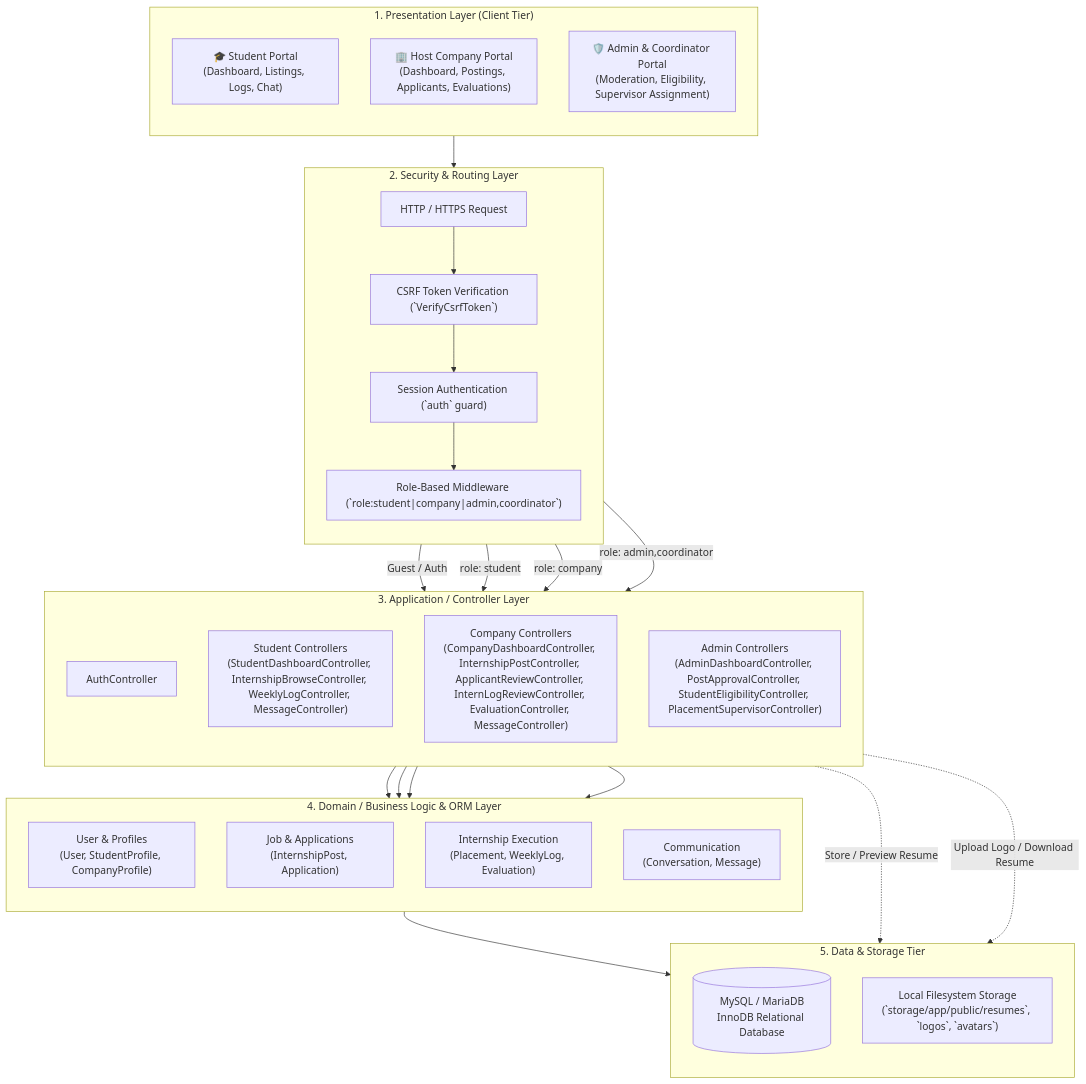
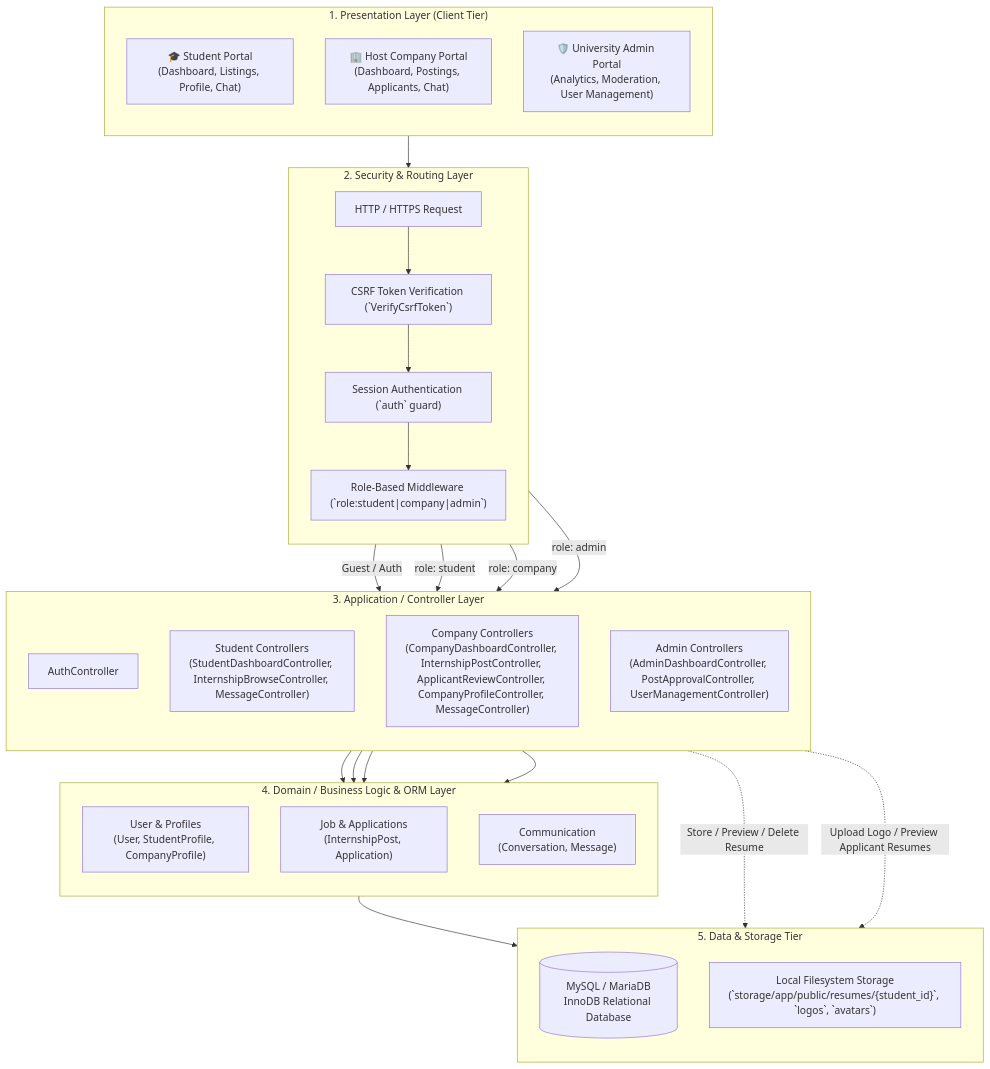
One commit to thonpheara/InternshipMS changed the first of 2 diagrams in docs/SYSTEM_ARCHITECTURE.md. Above: the diagram before and after it, drawn with Mermaid. The commit also changed other lines of this file and 51 other files, not shown here.

````diff
--- a/docs/SYSTEM_ARCHITECTURE.md
+++ b/docs/SYSTEM_ARCHITECTURE.md
@@ -25,58 +25,57 @@
 ```mermaid
 flowchart TB
     subgraph ClientLayer ["1. Presentation Layer (Client Tier)"]
         direction TB
-        UI1["🎓 Student Portal<br/>(Dashboard, Listings, Logs, Chat)"]
-        UI2["🏢 Host Company Portal<br/>(Dashboard, Postings, Applicants, Evaluations)"]
-        UI3["🛡️ Admin & Coordinator Portal<br/>(Moderation, Eligibility, Supervisor Assignment)"]
+        UI1["🎓 Student Portal<br/>(Dashboard, Listings, Profile, Chat)"]
+        UI2["🏢 Host Company Portal<br/>(Dashboard, Postings, Applicants, Chat)"]
+        UI3["🛡️ University Admin Portal<br/>(Analytics, Moderation, User Management)"]
     end
 
     subgraph SecurityLayer ["2. Security & Routing Layer"]
         direction TB
         HTTP["HTTP / HTTPS Request"]
         CSRF["CSRF Token Verification (`VerifyCsrfToken`)"]
         AUTH["Session Authentication (`auth` guard)"]
-        RBAC["Role-Based Middleware (`role:student|company|admin,coordinator`)"]
+        RBAC["Role-Based Middleware (`role:student|company|admin`)"]
     end
 
     subgraph ControllerLayer ["3. Application / Controller Layer"]
         direction TB
         C_Auth["AuthController"]
-        C_Student["Student Controllers<br/>(StudentDashboardController, InternshipBrowseController, WeeklyLogController, MessageController)"]
-        C_Company["Company Controllers<br/>(CompanyDashboardController, InternshipPostController, ApplicantReviewController, InternLogReviewController, EvaluationController, MessageController)"]
-        C_Admin["Admin Controllers<br/>(AdminDashboardController, PostApprovalController, StudentEligibilityController, PlacementSupervisorController)"]
+        C_Student["Student Controllers<br/>(StudentDashboardController, InternshipBrowseController, MessageController)"]
+        C_Company["Company Controllers<br/>(CompanyDashboardController, InternshipPostController, ApplicantReviewController, CompanyProfileController, MessageController)"]
+        C_Admin["Admin Controllers<br/>(AdminDashboardController, PostApprovalController, UserManagementController)"]
     end
 
     subgraph DomainLayer ["4. Domain / Business Logic & ORM Layer"]
         direction TB
         M_User["User & Profiles<br/>(User, StudentProfile, CompanyProfile)"]
         M_Post["Job & Applications<br/>(InternshipPost, Application)"]
-        M_Placement["Internship Execution<br/>(Placement, WeeklyLog, Evaluation)"]
         M_Chat["Communication<br/>(Conversation, Message)"]
     end
 
     subgraph PersistenceLayer ["5. Data & Storage Tier"]
         direction TB
         DB[("MySQL / MariaDB<br/>InnoDB Relational Database")]
-        FILES["Local Filesystem Storage<br/>(`storage/app/public/resumes`, `logos`, `avatars`)"]
+        FILES["Local Filesystem Storage<br/>(`storage/app/public/resumes/{student_id}`, `logos`, `avatars`)"]
     end
 
     ClientLayer --> HTTP
     HTTP --> CSRF
     CSRF --> AUTH
     AUTH --> RBAC
 
     RBAC -->|Guest / Auth| C_Auth
     RBAC -->|role: student| C_Student
     RBAC -->|role: company| C_Company
-    RBAC -->|role: admin,coordinator| C_Admin
+    RBAC -->|role: admin| C_Admin
 
     C_Auth --> M_User
     C_Student --> DomainLayer
     C_Company --> DomainLayer
     C_Admin --> DomainLayer
 
     DomainLayer --> DB
-    C_Student -.->|Store / Preview Resume| FILES
-    C_Company -.->|Upload Logo / Download Resume| FILES
+    C_Student -.->|Store / Preview / Delete Resume| FILES
+    C_Company -.->|Upload Logo / Preview Applicant Resumes| FILES
 ```
````
